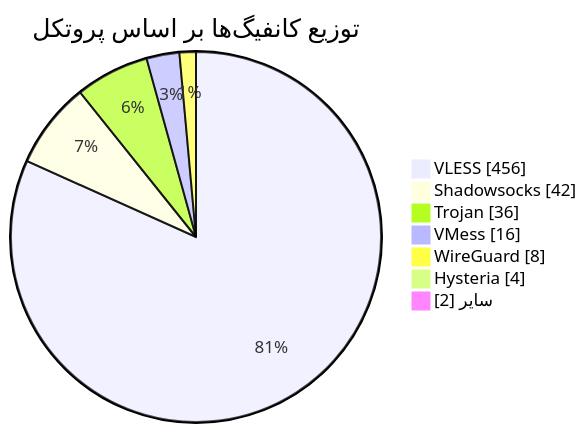
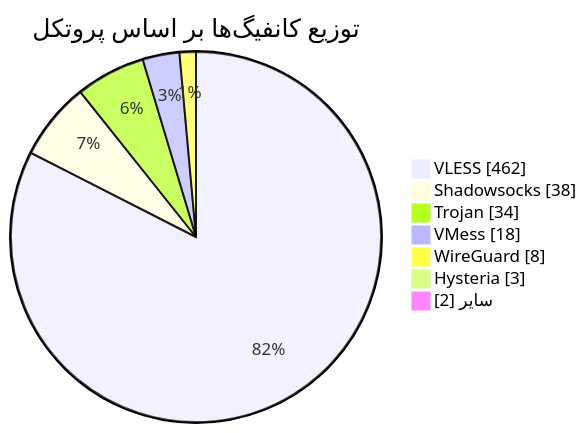
Before and after one commit to Arian-Alijani/Somthing: the diagram in README.md, drawn with Mermaid. The commit also changed other lines of this file and 81 other files, not shown here.

````diff
--- a/README.md
+++ b/README.md
@@ -49,11 +49,11 @@
 ```mermaid
 pie showData
     title توزیع کانفیگ‌ها بر اساس پروتکل
-    "VLESS" : 456
-    "Shadowsocks" : 42
-    "Trojan" : 36
-    "VMess" : 16
+    "VLESS" : 462
+    "Shadowsocks" : 38
+    "Trojan" : 34
+    "VMess" : 18
     "WireGuard" : 8
-    "Hysteria" : 4
+    "Hysteria" : 3
     "سایر" : 2
 ```
````
